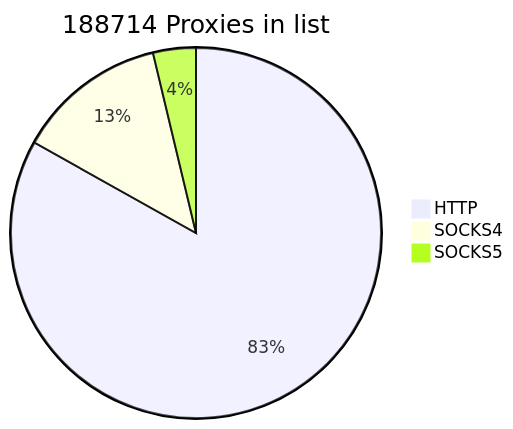
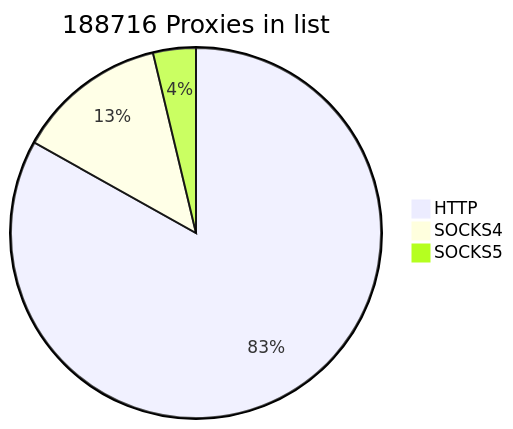
The first of 2 diagrams in README.md (cutipu/proxylist), drawn with Mermaid before and after one commit. The commit also changed other lines of this file, not shown here.

````diff
--- a/README.md
+++ b/README.md
@@ -2,7 +2,7 @@
 ```mermaid
-pie title 188714 Proxies in list
-    "HTTP" : 156848
-    "SOCKS4" : 24816
+pie title 188716 Proxies in list
+    "HTTP" : 156849
+    "SOCKS4" : 24817
     "SOCKS5" : 7050
             
 ```
````
